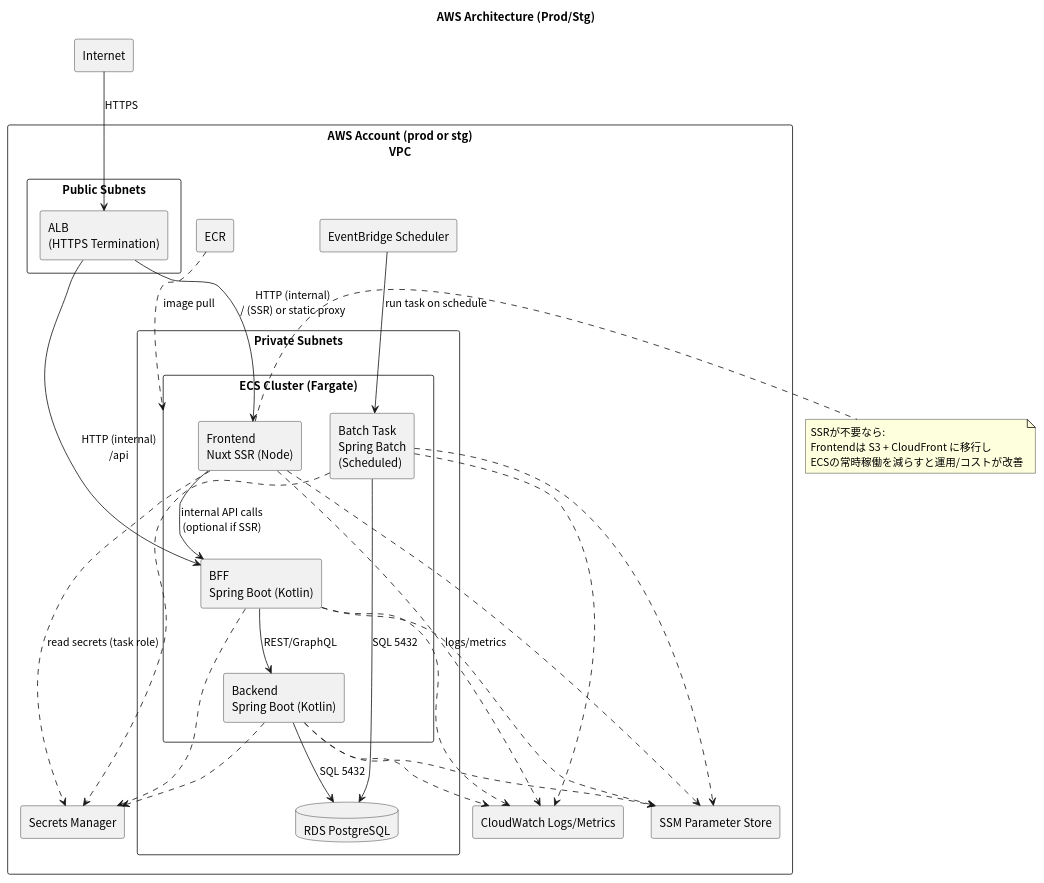
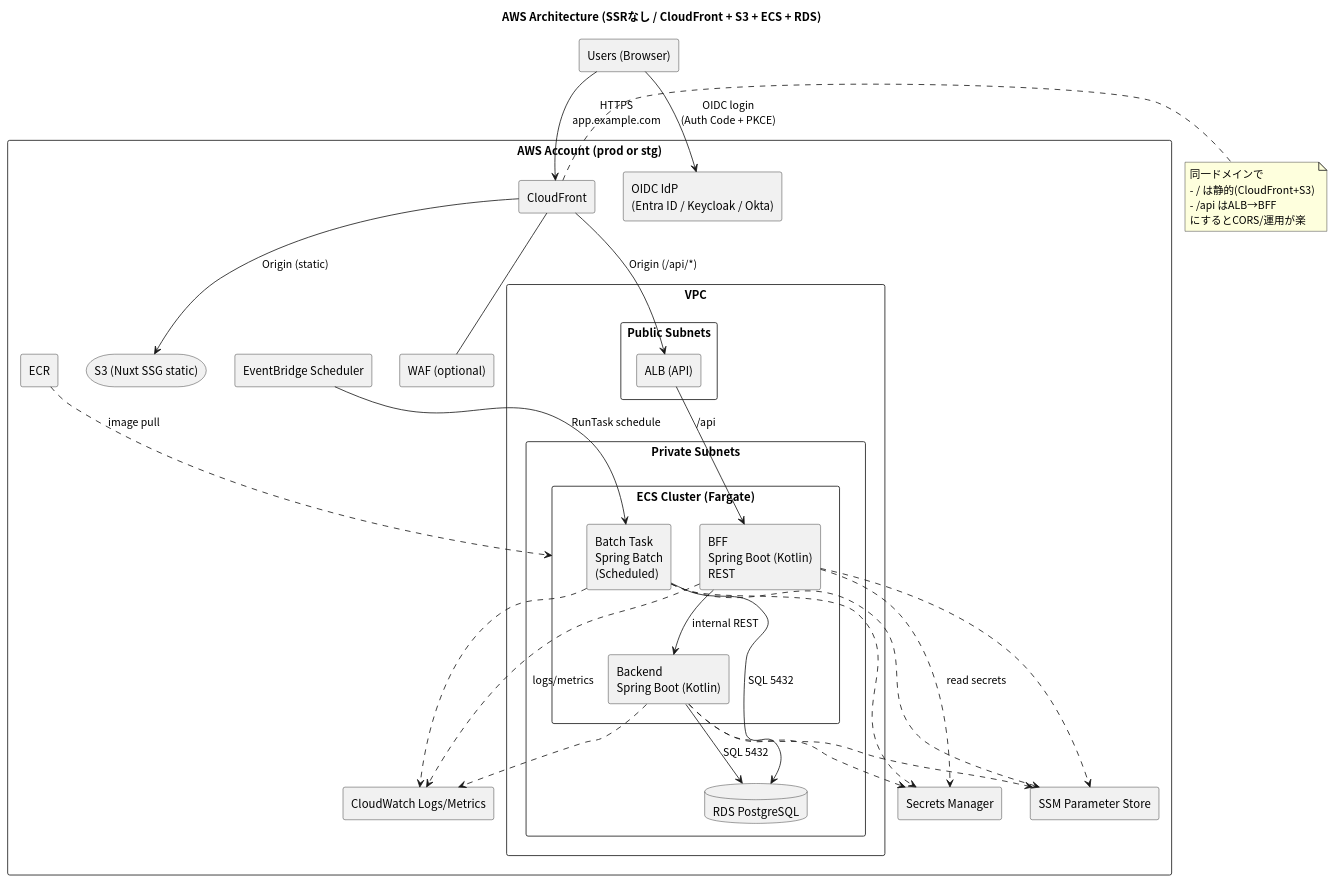
Before and after one commit to pyongsanmichelle/lumina: the diagram in docs/01_concept/aws-architecture.puml, drawn with PlantUML. The commit also changed 2 other files, not shown here.

```diff
--- a/docs/01_concept/aws-architecture.puml
+++ b/docs/01_concept/aws-architecture.puml
@@ -1,66 +1,73 @@
 @startuml aws-architecture
 skinparam shadowing false
 skinparam componentStyle rectangle
 skinparam defaultFontName "Noto Sans CJK JP"
 
-title AWS Architecture (Prod/Stg)
+title AWS Architecture (SSRなし / CloudFront + S3 + ECS + RDS)
 
-rectangle "Internet" as net
+rectangle "Users (Browser)" as user
 
-rectangle "AWS Account (prod or stg)\nVPC" as vpc {
-  rectangle "Public Subnets" as pub {
-    [ALB\n(HTTPS Termination)] as alb
+rectangle "AWS Account (prod or stg)" as aws {
+
+  rectangle "CloudFront" as cf
+  storage "S3 (Nuxt SSG static)" as s3
+  [WAF (optional)] as waf
+
+  rectangle "VPC" as vpc {
+    rectangle "Public Subnets" as pub {
+      [ALB (API)] as alb
+    }
+
+    rectangle "Private Subnets" as priv {
+      rectangle "ECS Cluster (Fargate)" as ecs {
+        [BFF\nSpring Boot (Kotlin)\nREST] as bff
+        [Backend\nSpring Boot (Kotlin)] as be
+        [Batch Task\nSpring Batch\n(Scheduled)] as batch
+      }
+      database "RDS PostgreSQL" as rds
+    }
   }
 
-  rectangle "Private Subnets" as priv {
-    rectangle "ECS Cluster (Fargate)" as ecs {
-      [Frontend\nNuxt SSR (Node)] as fe
-      [BFF\nSpring Boot (Kotlin)] as bff
-      [Backend\nSpring Boot (Kotlin)] as be
-      [Batch Task\nSpring Batch\n(Scheduled)] as batch
-    }
-
-    database "RDS PostgreSQL" as rds
-  }
-
+  [EventBridge Scheduler] as ev
+  [CloudWatch Logs/Metrics] as cw
   [Secrets Manager] as secrets
   [SSM Parameter Store] as ssm
-  [CloudWatch Logs/Metrics] as cw
-  [EventBridge Scheduler] as ev
   [ECR] as ecr
+  rectangle "OIDC IdP\n(Entra ID / Keycloak / Okta)" as idp
 }
 
-net --> alb : HTTPS
-alb --> fe : HTTP (internal)\n/ (SSR) or static proxy
-alb --> bff : HTTP (internal)\n/api
-fe --> bff : internal API calls\n(optional if SSR)
-bff --> be : REST/GraphQL
+user --> cf : HTTPS\napp.example.com
+waf -up- cf
+cf --> s3 : Origin (static)
+cf --> alb : Origin (/api/*)
+
+user --> idp : OIDC login\n(Auth Code + PKCE)
+
+alb --> bff : /api
+bff --> be : internal REST
 be --> rds : SQL 5432
 batch --> rds : SQL 5432
+ev --> batch : RunTask schedule
 
-ev --> batch : run task on schedule
-
-fe ..> secrets : read secrets (task role)
-bff ..> secrets
+bff ..> secrets : read secrets
 be ..> secrets
 batch ..> secrets
 
-fe ..> ssm
 bff ..> ssm
 be ..> ssm
 batch ..> ssm
 
-fe ..> cw : logs/metrics
-bff ..> cw
+bff ..> cw : logs/metrics
 be ..> cw
 batch ..> cw
 
 ecr ..> ecs : image pull
 
-note right of fe
-SSRが不要なら:
-Frontendは S3 + CloudFront に移行し
-ECSの常時稼働を減らすと運用/コストが改善
+note right of cf
+同一ドメインで
+- / は静的(CloudFront+S3)
+- /api はALB→BFF
+にするとCORS/運用が楽
 end note
 
 @enduml
```
